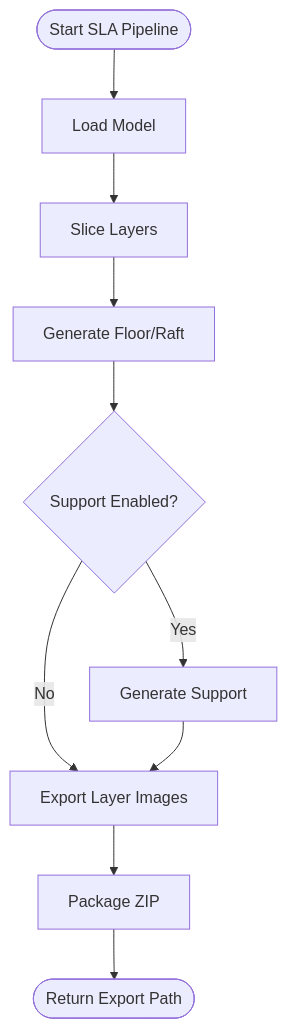
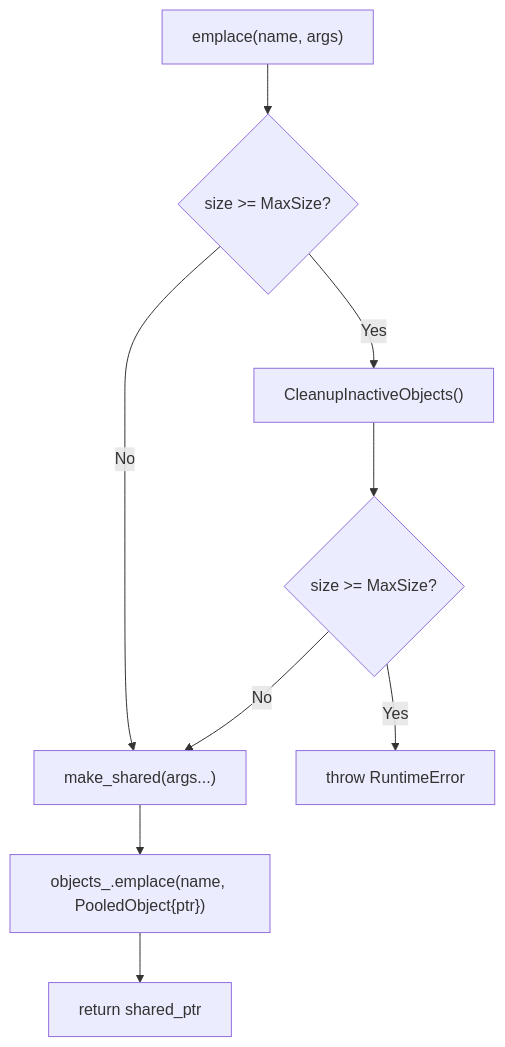
The sixth of 10 diagrams in .qoder/repowiki/en/content/Advanced Features/Advanced Features.md (hsmbanlance/HsBaSlicer), drawn with Mermaid before and after one commit. The commit also changed other lines of this file and 1095 other files, not shown here.

````diff
--- a/.qoder/repowiki/en/content/Advanced Features/Advanced Features.md
+++ b/.qoder/repowiki/en/content/Advanced Features/Advanced Features.md
@@ -410,12 +309,11 @@
 ```mermaid
 flowchart TD
-Start(["Start SLA Pipeline"]) --> Load["Load Model"]
-Load --> Slice["Slice Layers"]
-Slice --> Floor["Generate Floor/Raft"]
-Floor --> Support{"Support Enabled?"}
-Support --> |Yes| GenSupport["Generate Support"]
-Support --> |No| Export["Export Layer Images"]
-GenSupport --> Export
-Export --> Zip["Package ZIP"]
-Zip --> End(["Return Export Path"])
+Add["emplace(name, args)"] --> CheckCapacity{"size >= MaxSize?"}
+CheckCapacity --> |Yes| Cleanup["CleanupInactiveObjects()"]
+CheckCapacity --> |No| Create["make_shared<T>(args...)"]
+Cleanup --> CheckCapacityAgain{"size >= MaxSize?"}
+CheckCapacityAgain --> |Yes| Throw["throw RuntimeError"]
+CheckCapacityAgain --> |No| Create
+Create --> Insert["objects_.emplace(name, PooledObject{ptr})"]
+Insert --> Return["return shared_ptr<T>"]
 ```
````
